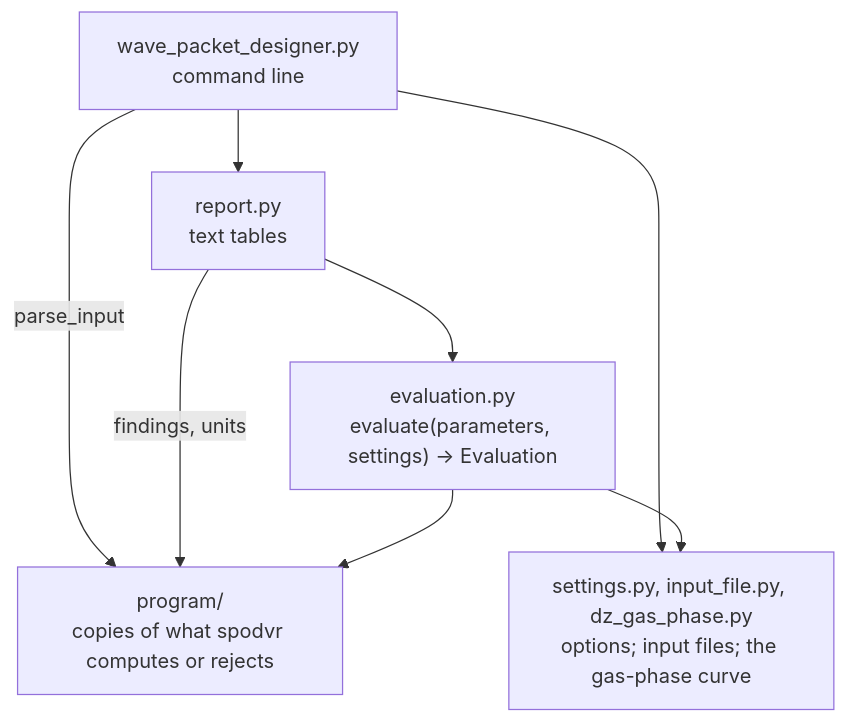
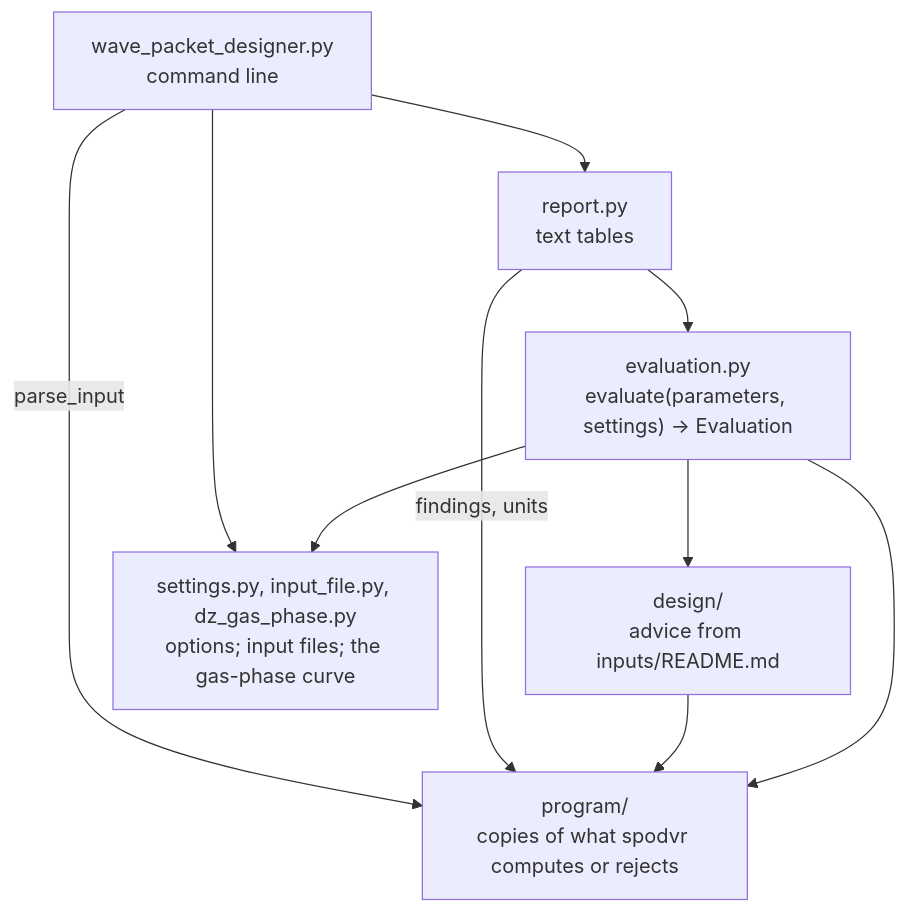
The diagram in tools/wave_packet_designer/README.md (ewfsmeets/Cpp-SPO-DVR), drawn with Mermaid before and after one commit. The commit also changed other lines of this file and 14 other files, not shown here.

````diff
--- a/tools/wave_packet_designer/README.md
+++ b/tools/wave_packet_designer/README.md
@@ -83,14 +93,16 @@
 ```mermaid
 flowchart TB
     cli["wave_packet_designer.py<br/>command line"]
     report["report.py<br/>text tables"]
     evaluation["evaluation.py<br/>evaluate(parameters, settings) -> Evaluation"]
     program["program/<br/>copies of what spodvr computes or rejects"]
+    design["design/<br/>advice from inputs/README.md"]
     data["settings.py, input_file.py, dz_gas_phase.py<br/>options; input files; the gas-phase curve"]
     cli --> report --> evaluation
     cli --> data
     cli -- "parse_input" --> program
     report -- "findings, units" --> program
+    evaluation --> design --> program
     evaluation --> program
     evaluation --> data
 ```
````
